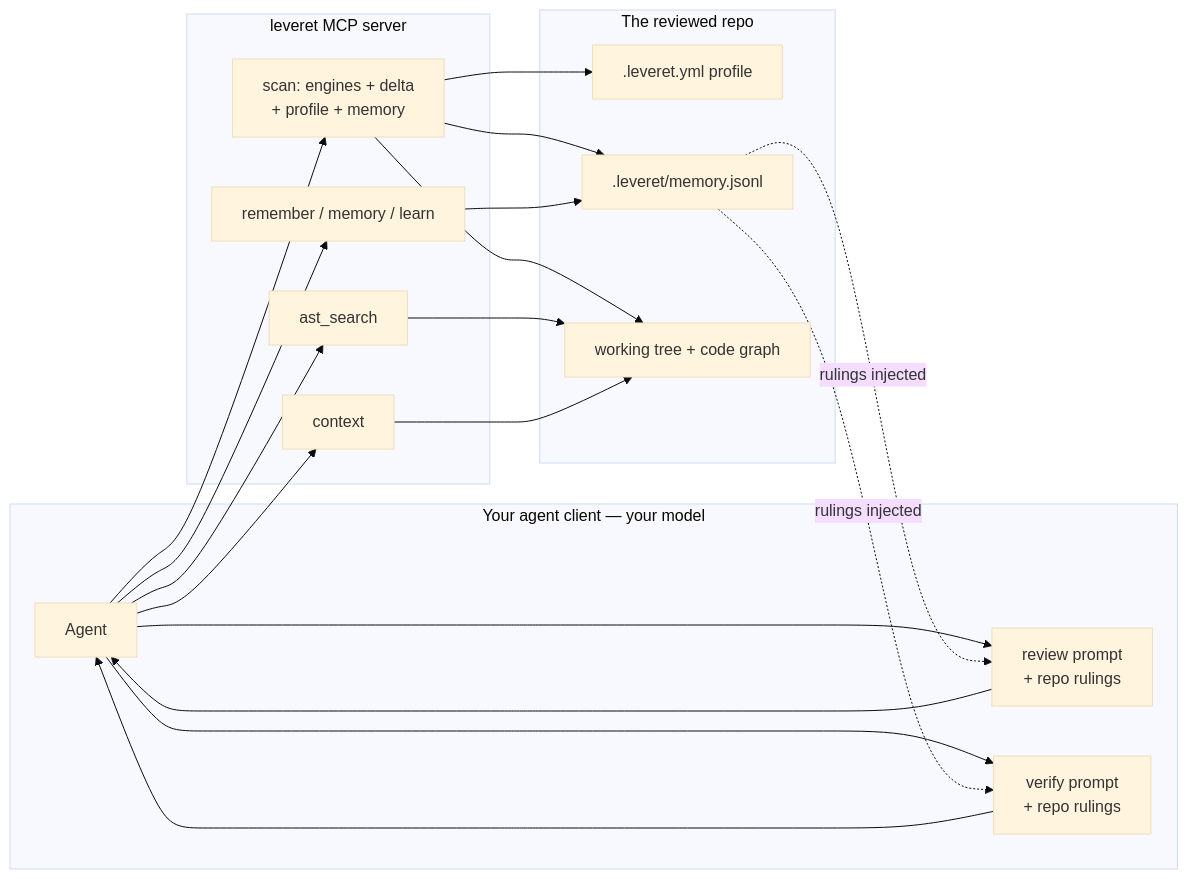
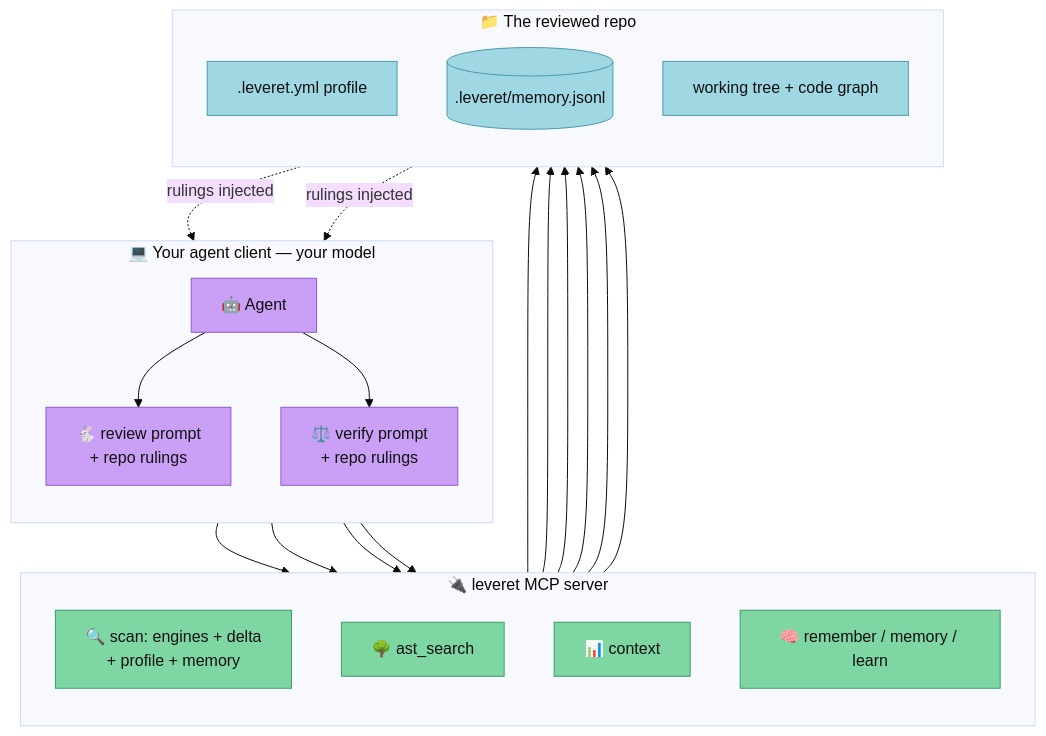
One commit to andrebrait/leveret changed the diagram in docs/interactive.md. Above: the diagram before and after it, drawn with Mermaid (base theme). The commit also changed 2 other files, not shown here.

Commit message:
docs: diagrams get roles by color, vertical layout for mobile
Consistent classes across all three flowcharts — GitHub blue, tunnel
amber, deterministic core green, agents purple, stores teal — mid-tone
fills with dark text so they read on both light and dark themes, no
background set (GitHub's mermaid canvas stays transparent). Layouts
switch to top-down so phones don't shrink a long horizontal line into
illegibility; a little icon flavor per node.

````diff
--- a/docs/interactive.md
+++ b/docs/interactive.md
@@ -33,32 +33,36 @@
 ```mermaid
-flowchart LR
-    subgraph client [Your agent client — your model]
-        A[Agent]
-        RP[review prompt<br>+ repo rulings]
-        VP[verify prompt<br>+ repo rulings]
+flowchart TD
+    subgraph client["💻 Your agent client — your model"]
+        direction TB
+        A["🤖 Agent"]:::agent
+        RP["🐇 review prompt<br>+ repo rulings"]:::agent
+        VP["⚖️ verify prompt<br>+ repo rulings"]:::agent
     end
 
-    subgraph mcp [leveret MCP server]
-        SCAN[scan: engines + delta<br>+ profile + memory]
-        AST[ast_search]
-        CTX[context]
-        MEM[remember / memory / learn]
+    subgraph mcp["🔌 leveret MCP server"]
+        direction TB
+        SCAN["🔍 scan: engines + delta<br>+ profile + memory"]:::core
+        AST["🌳 ast_search"]:::core
+        CTX["📊 context"]:::core
+        MEM["🧠 remember / memory / learn"]:::core
     end
 
-    subgraph repo [The reviewed repo]
-        PROF[.leveret.yml profile]
-        STORE[.leveret/memory.jsonl]
-        CODE[working tree + code graph]
+    subgraph repo["📁 The reviewed repo"]
+        direction TB
+        PROF[".leveret.yml profile"]:::store
+        STORE[(".leveret/memory.jsonl")]:::store
+        CODE["working tree + code graph"]:::store
     end
 
-    A --> RP --> A
-    A --> VP --> A
+    A --> RP & VP
     A --> SCAN --> CODE
-    SCAN --> PROF
-    SCAN --> STORE
-    A --> AST --> CODE
-    A --> CTX --> CODE
+    SCAN --> PROF & STORE
+    A --> AST & CTX --> CODE
     A --> MEM --> STORE
-    STORE -. rulings injected .-> RP
-    STORE -. rulings injected .-> VP
+    STORE -. rulings injected .-> RP & VP
+    classDef gh fill:#6ea8fe,stroke:#3d6fd9,color:#111
+    classDef tun fill:#ffc86b,stroke:#cc8f22,color:#111
+    classDef core fill:#7ed6a2,stroke:#3d9e6a,color:#111
+    classDef agent fill:#c9a0f5,stroke:#9059d1,color:#111
+    classDef store fill:#9fd8e3,stroke:#4d9aab,color:#111
 ```
````
